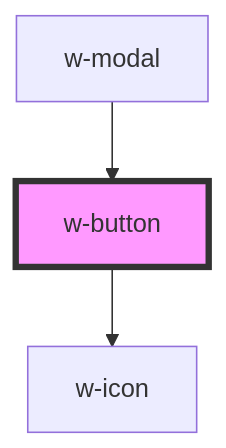
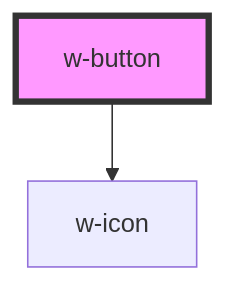
The diagram in src/components/w-button/readme.md (wordproof/ui), drawn with Mermaid before and after one commit. The commit also changed other lines of this file and 3 other files, not shown here.

````diff
--- a/src/components/w-button/readme.md
+++ b/src/components/w-button/readme.md
@@ -33,6 +29,5 @@
 ```mermaid
 graph TD;
   w-button --> w-icon
-  w-modal --> w-button
   style w-button fill:#f9f,stroke:#333,stroke-width:4px
 ```
````
